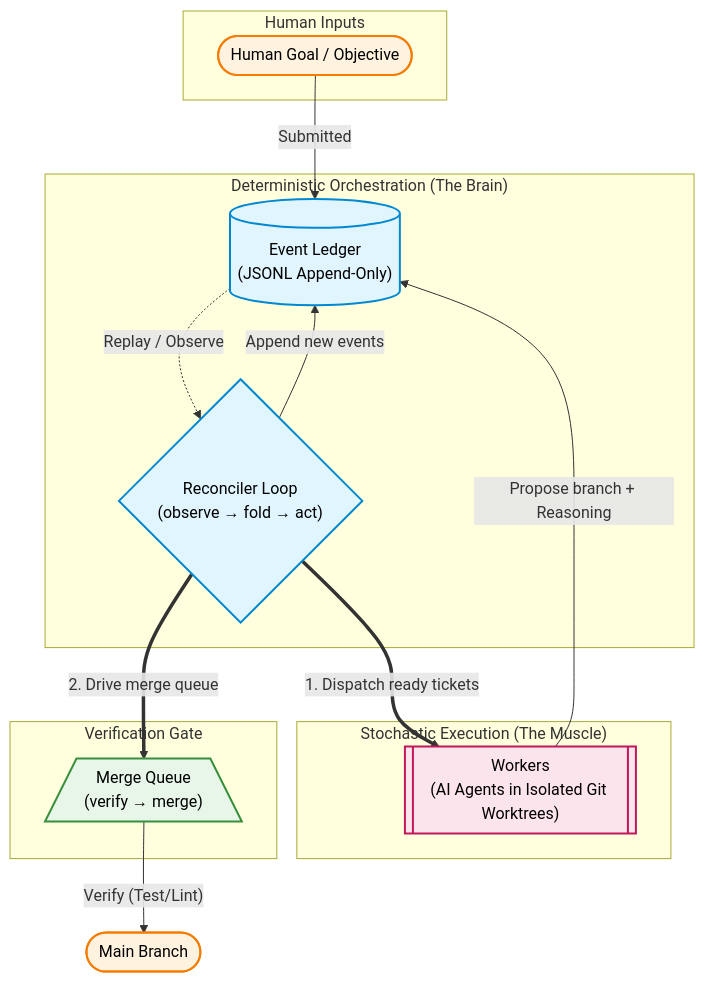
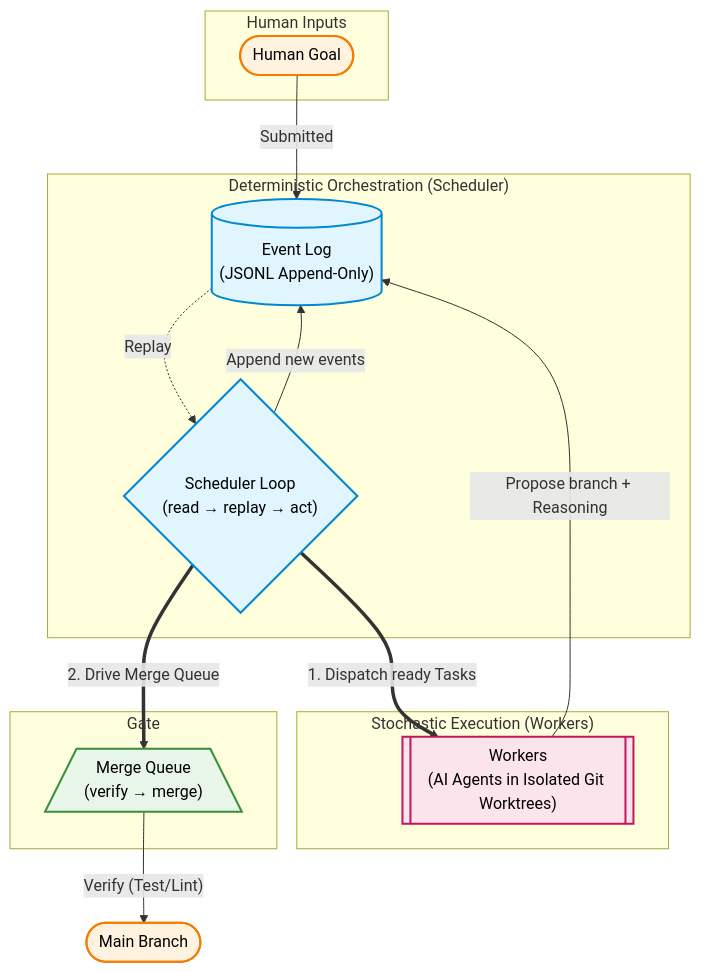
Before and after one commit to bharadwaj6/ageOfAgents: the diagram in docs/v2/architecture.md, drawn with Mermaid. The commit also changed other lines of this file and 17 other files, not shown here.

````diff
--- a/docs/v2/architecture.md
+++ b/docs/v2/architecture.md
@@ -59,42 +59,42 @@
 ```mermaid
 flowchart TD
     subgraph Human["Human Inputs"]
-        Goal(["Human Goal / Objective"])
+        Goal(["Human Goal"])
     end
 
-    subgraph Deterministic["Deterministic Orchestration (The Brain)"]
-        Ledger[("Event Ledger\n(JSONL Append-Only)")]
-        Reconciler{"Reconciler Loop\n(observe → fold → act)"}
+    subgraph Deterministic["Deterministic Orchestration (Scheduler)"]
+        Ledger[("Event Log\n(JSONL Append-Only)")]
+        Reconciler{"Scheduler Loop\n(read → replay → act)"}
     end
 
-    subgraph Stochastic["Stochastic Execution (The Muscle)"]
+    subgraph Stochastic["Stochastic Execution (Workers)"]
         Workers[["Workers\n(AI Agents in Isolated Git Worktrees)"]]
     end
 
-    subgraph Verification["Verification Gate"]
+    subgraph Verification["Gate"]
         MergeQueue[/"Merge Queue\n(verify → merge)"\]
     end
 
     MainBranch(["Main Branch"])
 
     Goal -->|"Submitted"| Ledger
-    Ledger -.->|"Replay / Observe"| Reconciler
+    Ledger -.->|"Replay"| Reconciler
     Reconciler -->|"Append new events"| Ledger
 
-    Reconciler == "1. Dispatch ready tickets" ==> Workers
+    Reconciler == "1. Dispatch ready Tasks" ==> Workers
     Workers -->|"Propose branch + Reasoning"| Ledger
 
-    Reconciler == "2. Drive merge queue" ==> MergeQueue
+    Reconciler == "2. Drive Merge Queue" ==> MergeQueue
     MergeQueue -->|"Verify (Test/Lint)"| MainBranch
 
     %% Styling
     classDef pure fill:#e1f5fe,stroke:#0288d1,stroke-width:2px,color:#000;
     classDef agent fill:#fce4ec,stroke:#c2185b,stroke-width:2px,color:#000;
     classDef human fill:#fff3e0,stroke:#f57c00,stroke-width:2px,color:#000;
     classDef gate fill:#e8f5e9,stroke:#388e3c,stroke-width:2px,color:#000;
 
     class Reconciler,Ledger pure;
     class Workers agent;
     class Goal,MainBranch human;
     class MergeQueue gate;
 ```
````
